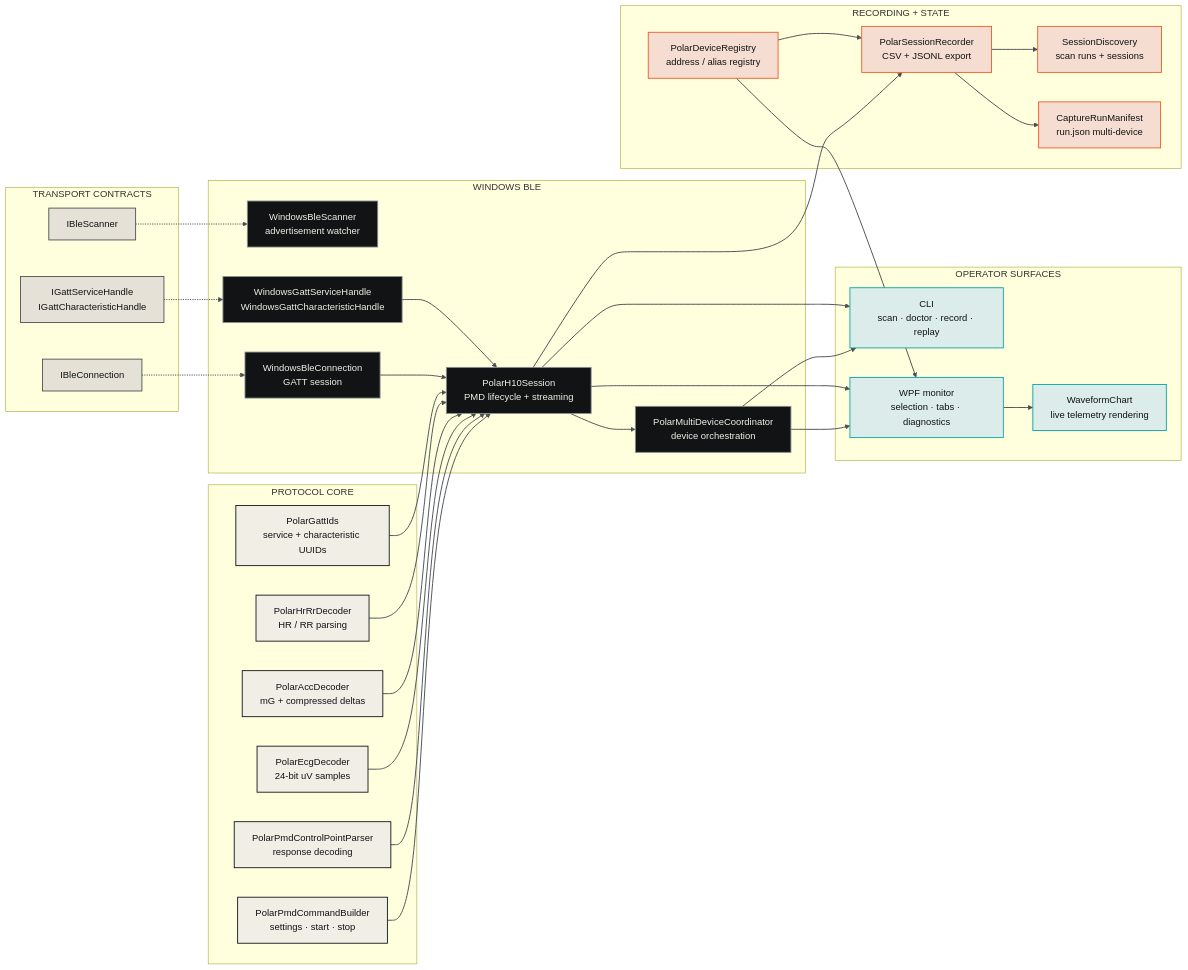
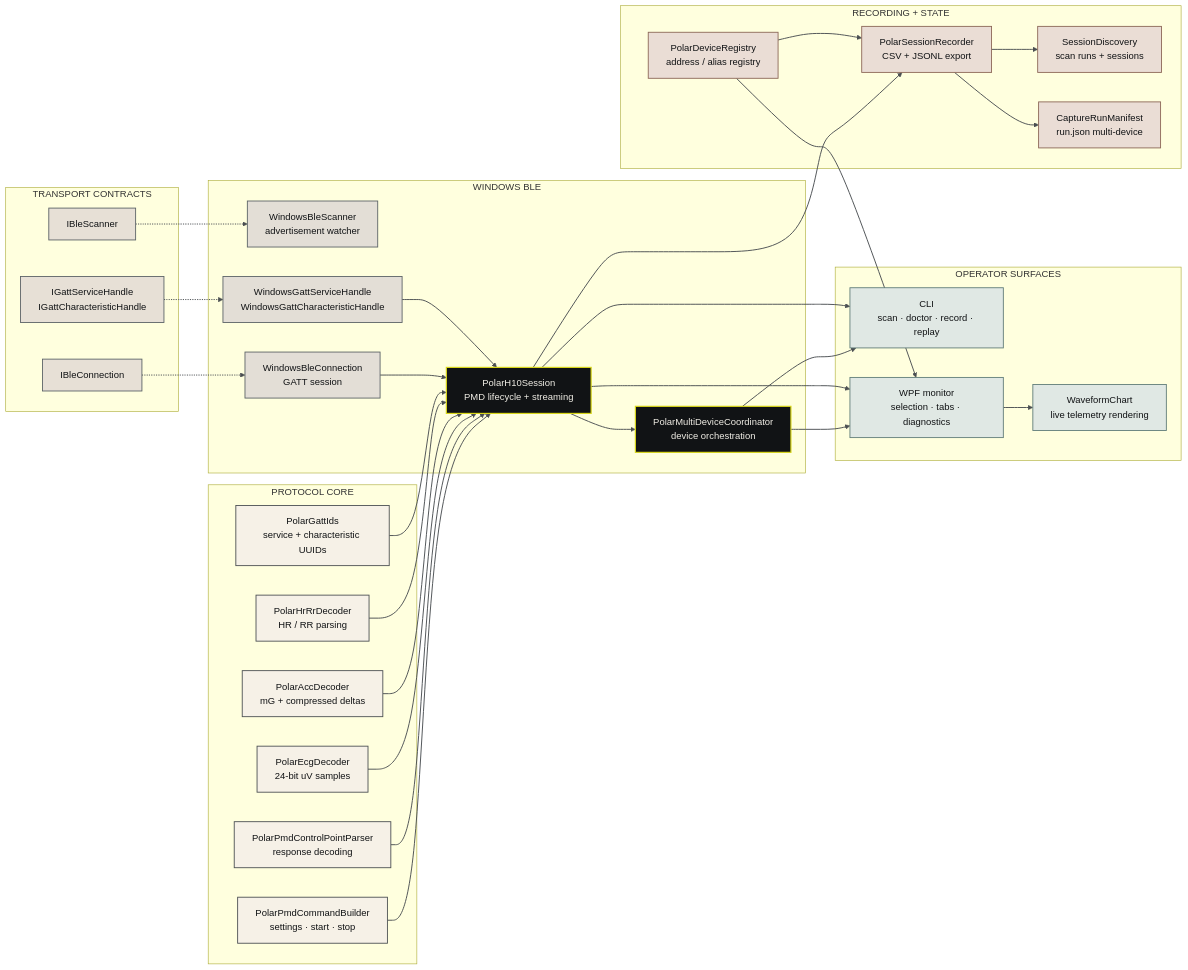
One commit to MesmerPrism/PolarH10 changed the second of 3 diagrams in README.md. Above: the diagram before and after it, drawn with Mermaid. The commit also changed other lines of this file and 11 other files, not shown here.

Commit message:
Soften Mermaid palette and viewer backgrounds

````diff
--- a/README.md
+++ b/README.md
@@ -92,73 +92,75 @@
 ```mermaid
 flowchart LR
     subgraph Protocol["PROTOCOL CORE"]
         EC["PolarEcgDecoder<br/>24-bit uV samples"]
         AC["PolarAccDecoder<br/>mG + compressed deltas"]
         HR["PolarHrRrDecoder<br/>HR / RR parsing"]
         PMD["PolarPmdCommandBuilder<br/>settings · start · stop"]
         CP["PolarPmdControlPointParser<br/>response decoding"]
         GID["PolarGattIds<br/>service + characteristic UUIDs"]
     end
 
     subgraph Transport["TRANSPORT CONTRACTS"]
         IS["IBleScanner"]
         IC["IBleConnection"]
         IG["IGattServiceHandle<br/>IGattCharacteristicHandle"]
     end
 
     subgraph Windows["WINDOWS BLE"]
         WS["WindowsBleScanner<br/>advertisement watcher"]
         WC["WindowsBleConnection<br/>GATT session"]
         WG["WindowsGattServiceHandle<br/>WindowsGattCharacteristicHandle"]
         SE["PolarH10Session<br/>PMD lifecycle + streaming"]
         CO["PolarMultiDeviceCoordinator<br/>device orchestration"]
     end
 
     subgraph Recording["RECORDING + STATE"]
         RE["PolarSessionRecorder<br/>CSV + JSONL export"]
         SD["SessionDiscovery<br/>scan runs + sessions"]
         MA["CaptureRunManifest<br/>run.json multi-device"]
         DR["PolarDeviceRegistry<br/>address / alias registry"]
     end
 
     subgraph Surfaces["OPERATOR SURFACES"]
         C1["CLI<br/>scan · doctor · record · replay"]
         G1["WPF monitor<br/>selection · tabs · diagnostics"]
         G2["WaveformChart<br/>live telemetry rendering"]
     end
 
     PMD --> SE
     CP --> SE
     EC --> SE
     AC --> SE
     HR --> SE
     GID --> SE
     IS -.-> WS
     IC -.-> WC
     IG -.-> WG
     WC --> SE
     WG --> SE
     SE --> CO
     SE --> RE
     RE --> SD
     RE --> MA
     DR --> RE
     DR --> G1
     CO --> C1
     CO --> G1
     SE --> C1
     SE --> G1
     G1 --> G2
 
-    classDef core fill:#F1EEE6,stroke:#111315,color:#111315,stroke-width:1.5px;
-    classDef contracts fill:#E6E1D7,stroke:#4B4F52,color:#111315,stroke-width:1.5px;
-    classDef windows fill:#111315,stroke:#8A8E91,color:#F1EEE6,stroke-width:1.5px;
-    classDef record fill:#F6DDD2,stroke:#F05A22,color:#111315,stroke-width:1.5px;
-    classDef surface fill:#DCECEB,stroke:#00A7A0,color:#111315,stroke-width:1.5px;
+    classDef core fill:#F6F1E7,stroke:#4B4F52,color:#111315,stroke-width:1.5px;
+    classDef contracts fill:#E7E0D6,stroke:#5B6266,color:#111315,stroke-width:1.5px;
+    classDef windows fill:#E3DED6,stroke:#5B6266,color:#111315,stroke-width:1.5px;
+    classDef active fill:#111315,stroke:#D8D61A,color:#F1EEE6,stroke-width:2px;
+    classDef record fill:#EADDD5,stroke:#8B6656,color:#111315,stroke-width:1.5px;
+    classDef surface fill:#E0E8E4,stroke:#607C78,color:#111315,stroke-width:1.5px;
     class EC,AC,HR,PMD,CP,GID core;
     class IS,IC,IG contracts;
-    class WS,WC,WG,SE,CO windows;
+    class WS,WC,WG windows;
+    class SE,CO active;
     class RE,SD,MA,DR record;
     class C1,G1,G2 surface;
     linkStyle default stroke:#4B4F52,stroke-width:1.6px;
 ```
````
